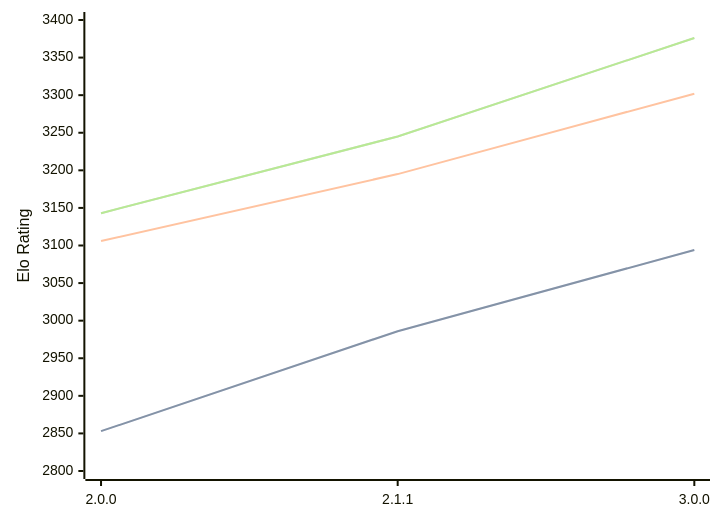
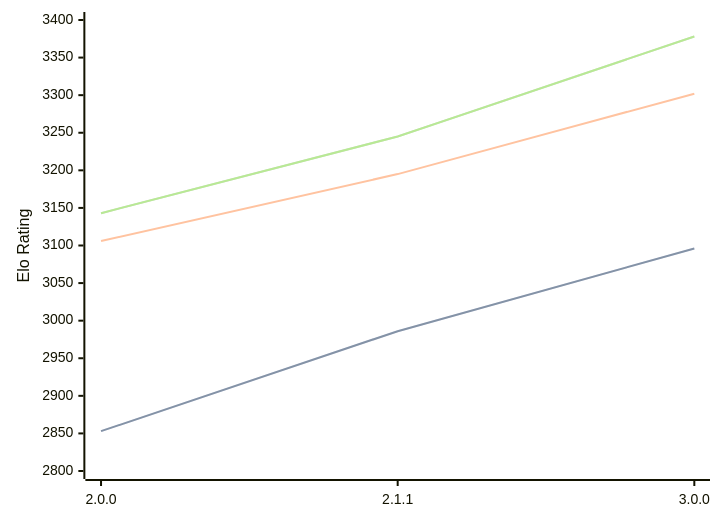
Before and after one commit to computer-chess-index/cci: the diagram in engines/Bread.md, drawn with Mermaid. The commit also changed other lines of this file, not shown here.

Commit message:
Update CCI Ratings (ELO VLTC) - 2026-08-10

````diff
--- a/engines/Bread.md
+++ b/engines/Bread.md
@@ -36,11 +36,11 @@
 ```mermaid
 %%{init: {"theme":"base","themeVariables":{"seriesColors:['#a3a3a3','#222221','#faa371']}}}%%
 xychart-beta
   x-axis ["2.0.0", "2.1.1", "3.0.0"]
   y-axis "Elo Rating" 2800 --> 3400
-  line "STC (8.0+0.08s)" [2853, 2986, 3094]
-  line "STC (8.0+0.08s)" [2853, 2986, 3094]
+  line "STC (8.0+0.08s)" [2853, 2986, 3096]
+  line "STC (8.0+0.08s)" [2853, 2986, 3096]
   line "LTC (60.0+0.60s)" [3106, 3195, 3302]
-  line "VLTC (2m24s+1.12s)" [3143, 3245, 3376]
-  line "VLTC (2m24s+1.12s)" [3143, 3245, 3376]
+  line "VLTC (2m24s+1.12s)" [3143, 3245, 3378]
+  line "VLTC (2m24s+1.12s)" [3143, 3245, 3378]
 ```
````
